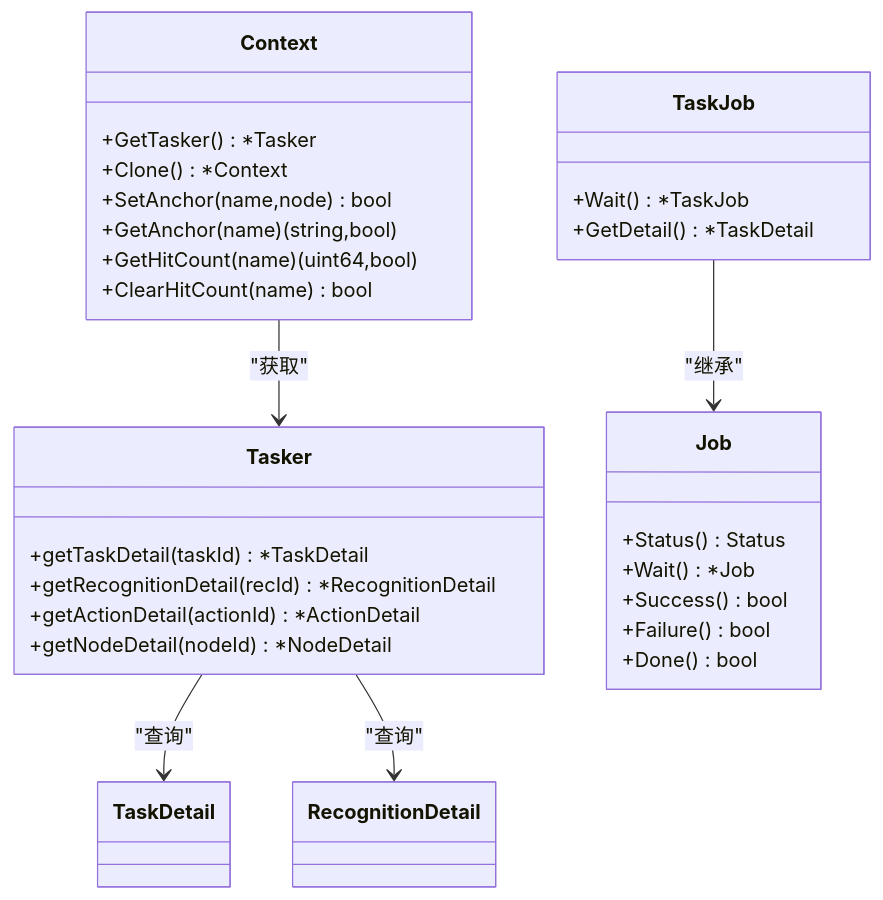
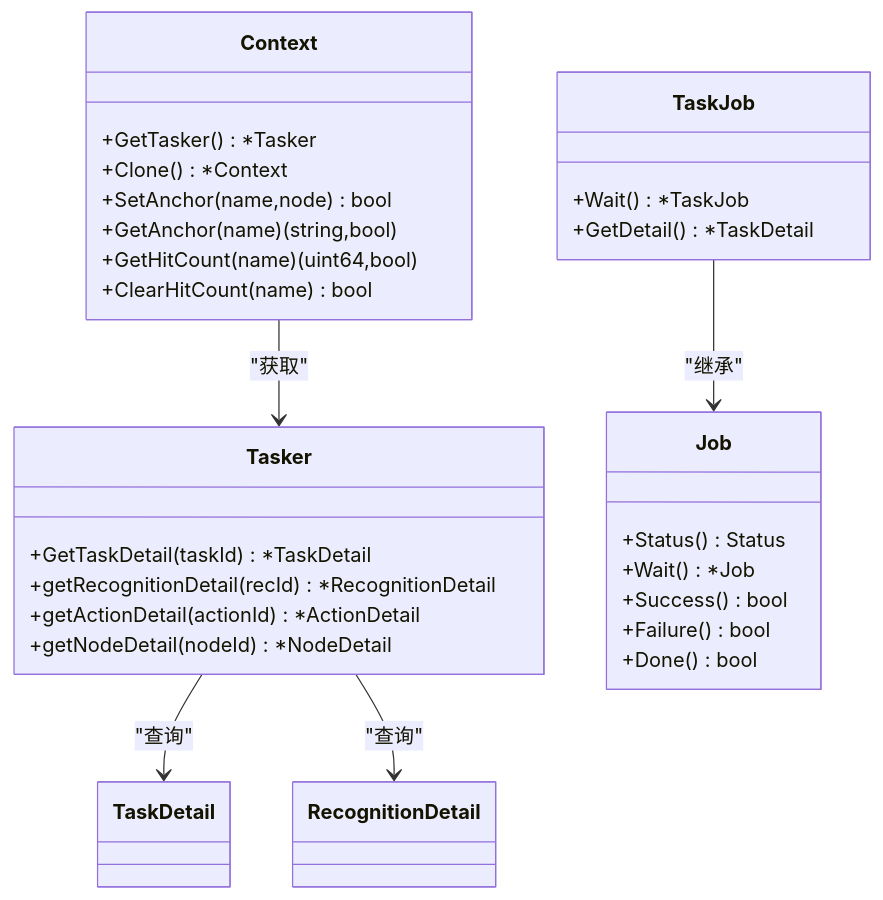
Before and after one commit to kqcoxn/MaaPipelineEditor: the fourth of 5 diagrams in instructions/maafw-golang-binding/高级功能/自定义动作.md, drawn with Mermaid. The commit also changed other lines of this file and 7 other files, not shown here.

````diff
--- a/instructions/maafw-golang-binding/高级功能/自定义动作.md
+++ b/instructions/maafw-golang-binding/高级功能/自定义动作.md
@@ -211,32 +219,32 @@
 ```mermaid
 classDiagram
 class Tasker {
-+getTaskDetail(taskId) *TaskDetail
++GetTaskDetail(taskId) *TaskDetail
 +getRecognitionDetail(recId) *RecognitionDetail
 +getActionDetail(actionId) *ActionDetail
 +getNodeDetail(nodeId) *NodeDetail
 }
 class Context {
 +GetTasker() *Tasker
 +Clone() *Context
 +SetAnchor(name,node) bool
 +GetAnchor(name) (string,bool)
 +GetHitCount(name) (uint64,bool)
 +ClearHitCount(name) bool
 }
 class Job {
 +Status() Status
 +Wait() *Job
 +Success() bool
 +Failure() bool
 +Done() bool
 }
 class TaskJob {
 +Wait() *TaskJob
 +GetDetail() *TaskDetail
 }
 TaskJob --> Job : "继承"
 Context --> Tasker : "获取"
 Tasker --> TaskDetail : "查询"
 Tasker --> RecognitionDetail : "查询"
 ```
````
